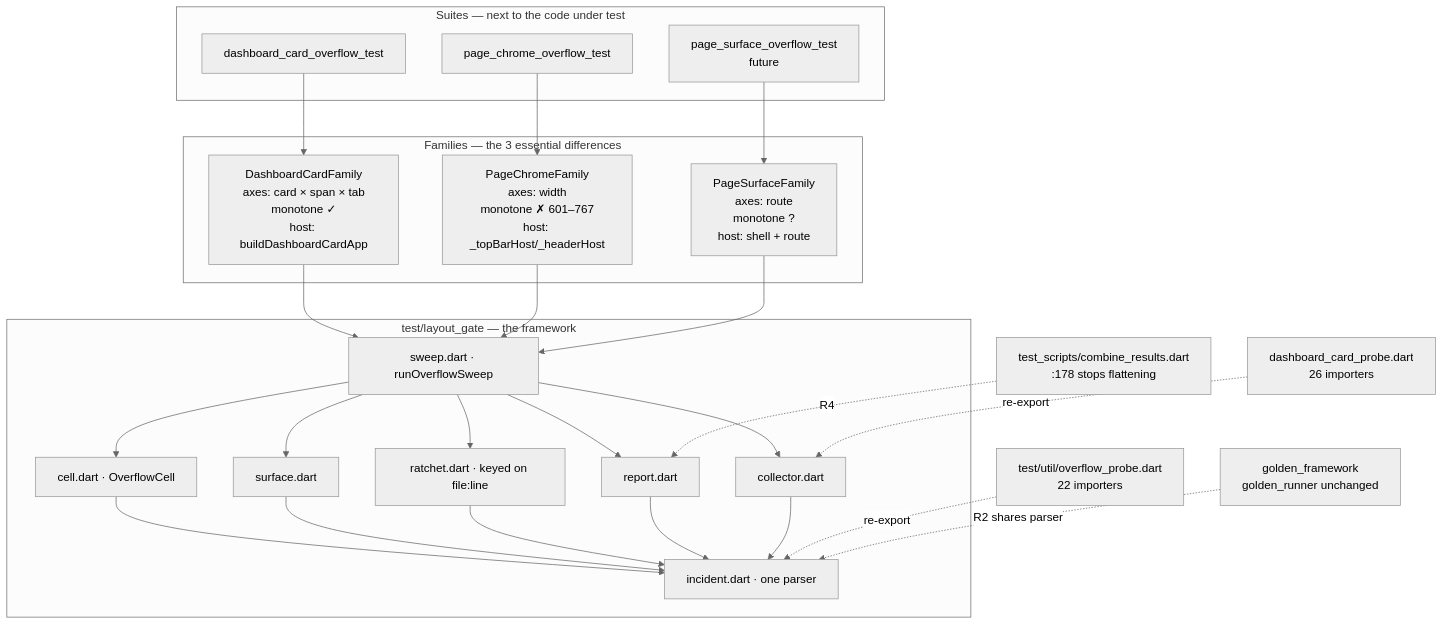
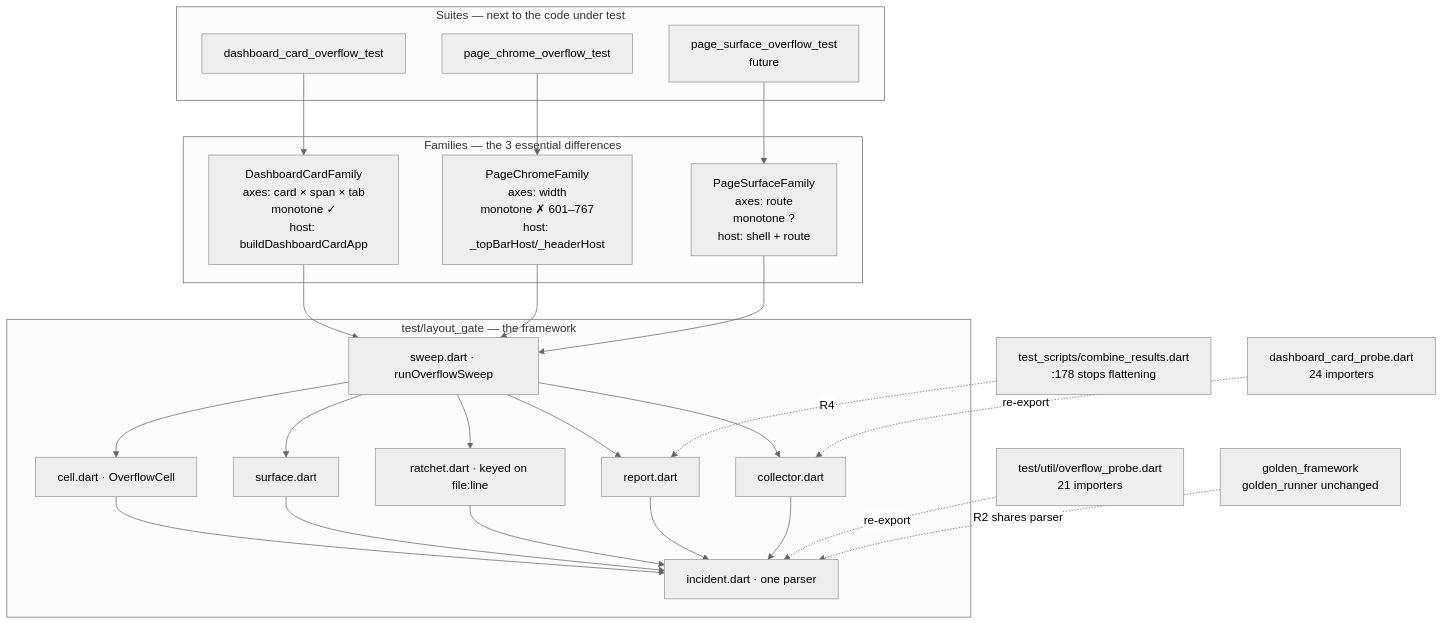
The first of 2 diagrams in doc/testing/overflow_gate_architecture.md (linksys/PrivacyGUI), drawn with Mermaid (neutral theme) before and after one commit. The commit also changed other lines of this file and 3 other files, not shown here.

````diff
--- a/doc/testing/overflow_gate_architecture.md
+++ b/doc/testing/overflow_gate_architecture.md
@@ -289,30 +312,30 @@
 ```mermaid
 graph TD
   subgraph S[Suites — next to the code under test]
     S1[dashboard_card_overflow_test]
     S2[page_chrome_overflow_test]
     S3[page_surface_overflow_test<br/>future]
   end
   subgraph F[Families — the 3 essential differences]
     F1["DashboardCardFamily<br/>axes: card × span × tab<br/>monotone ✓<br/>host: buildDashboardCardApp"]
     F2["PageChromeFamily<br/>axes: width<br/>monotone ✗ 601–767<br/>host: _topBarHost/_headerHost"]
     F3["PageSurfaceFamily<br/>axes: route<br/>monotone ?<br/>host: shell + route"]
   end
   subgraph K["test/layout_gate — the framework"]
     K1[sweep.dart · runOverflowSweep]
     K2[cell.dart · OverflowCell]
     K3[surface.dart]
     K4[ratchet.dart · keyed on file:line]
     K5[report.dart]
     K6[collector.dart]
     K7[incident.dart · one parser]
   end
   S1 --> F1 --> K1
   S2 --> F2 --> K1
   S3 --> F3 --> K1
   K1 --> K2 & K3 & K4 & K5 & K6 --> K7
-  U1["test/util/overflow_probe.dart<br/>22 importers"] -.re-export.-> K7
-  U2["dashboard_card_probe.dart<br/>26 importers"] -.re-export.-> K6
+  U1["test/util/overflow_probe.dart<br/>21 importers"] -.re-export.-> K7
+  U2["dashboard_card_probe.dart<br/>24 importers"] -.re-export.-> K6
   U3["golden_framework<br/>golden_runner unchanged"] -.R2 shares parser.-> K7
   U4["test_scripts/combine_results.dart<br/>:178 stops flattening"] -.R4.-> K5
 ```
````
